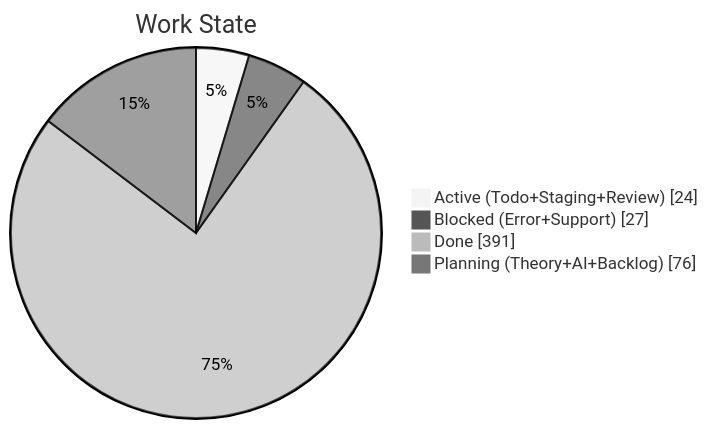
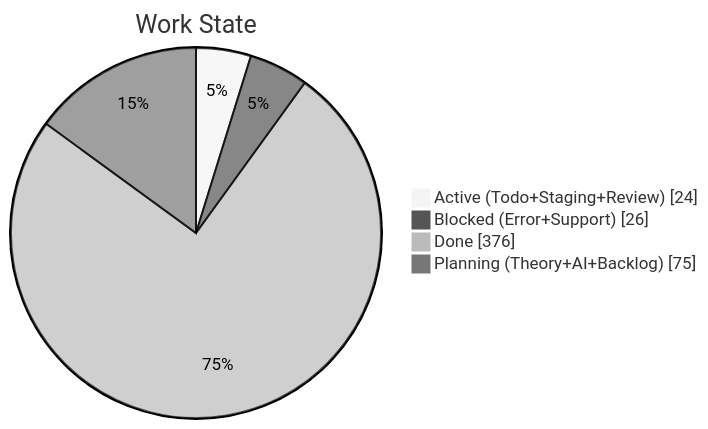
Before and after one commit to KBVE/kbve: the second of 4 diagrams in apps/kbve/astro-kbve/src/content/docs/dashboard/kanban-data.mdx, drawn with Mermaid (neutral theme). The commit also changed other lines of this file and 8 other files, not shown here.

````diff
--- a/apps/kbve/astro-kbve/src/content/docs/dashboard/kanban-data.mdx
+++ b/apps/kbve/astro-kbve/src/content/docs/dashboard/kanban-data.mdx
@@ -68,8 +68,8 @@
 ```mermaid
 pie showData
     title Work State
     "Active (Todo+Staging+Review)" : 24
-    "Blocked (Error+Support)" : 27
-    "Done" : 391
-    "Planning (Theory+AI+Backlog)" : 76
+    "Blocked (Error+Support)" : 26
+    "Done" : 376
+    "Planning (Theory+AI+Backlog)" : 75
 ```
````
